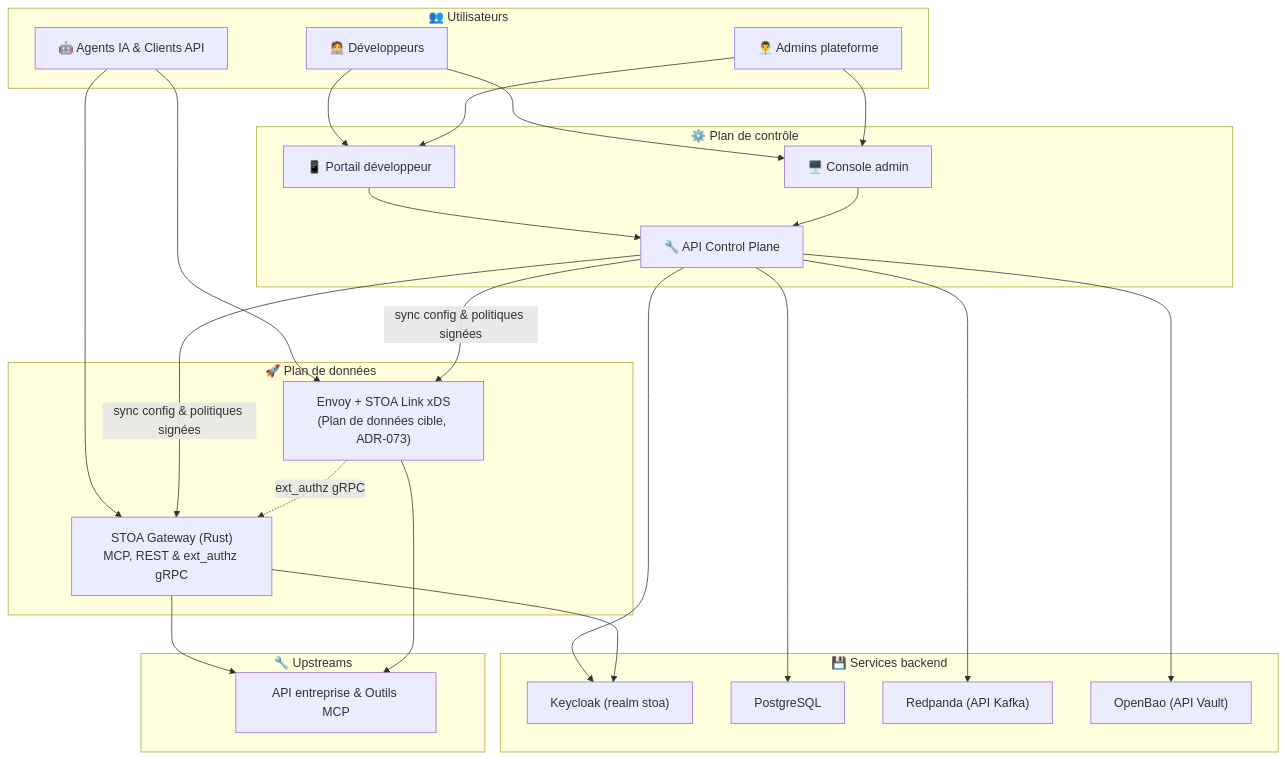
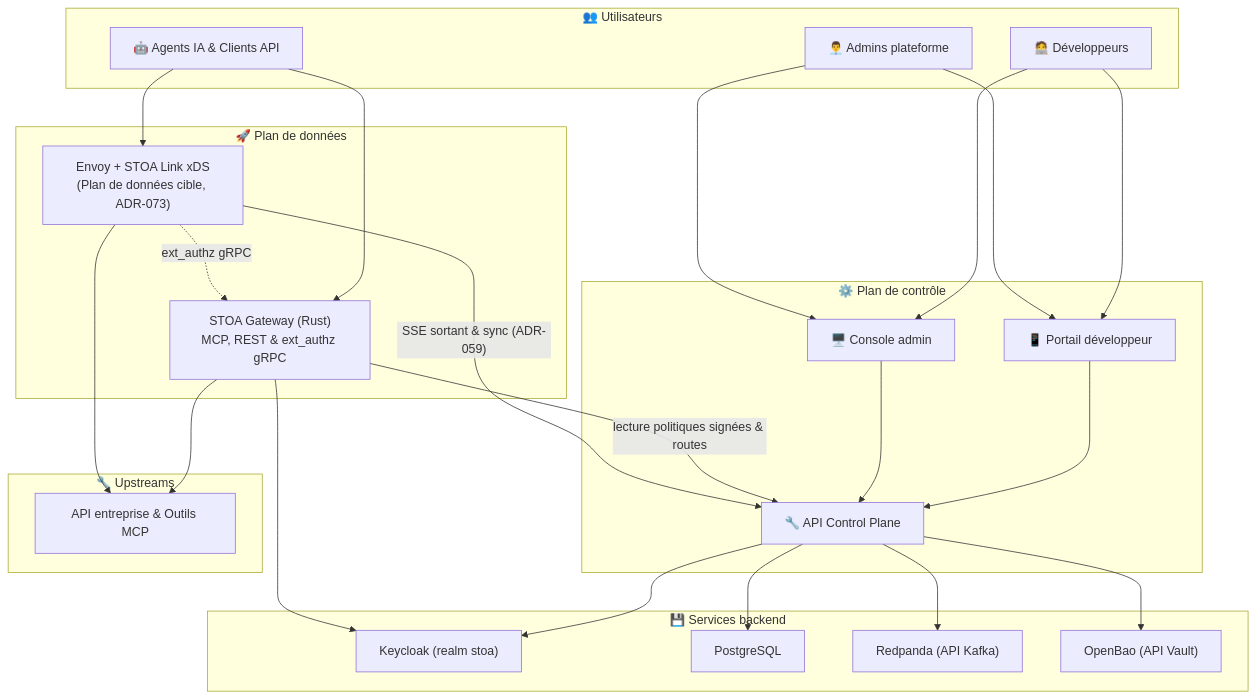
One commit to stoa-platform/stoa-docs changed the first of 2 diagrams in i18n/fr/docusaurus-plugin-content-docs/current/concepts/architecture.md. Above: the diagram before and after it, drawn with Mermaid. The commit also changed other lines of this file and 21 other files, not shown here.

First line of the commit message:
docs(arch): refine Lot 3 Link SSE/adapters, ext_authz scopes, and auth guide (EN/FR)

````diff
--- a/i18n/fr/docusaurus-plugin-content-docs/current/concepts/architecture.md
+++ b/i18n/fr/docusaurus-plugin-content-docs/current/concepts/architecture.md
@@ -16,39 +16,40 @@
 ```mermaid
 flowchart TB
     subgraph Users["👥 Utilisateurs"]
         Dev["🧑‍💻 Développeurs"]
         Admin["👨‍💼 Admins plateforme"]
         AI["🤖 Agents IA & Clients API"]
     end
 
     subgraph ControlPlane["⚙️ Plan de contrôle"]
         Portal["📱 Portail développeur"]
         Console["🖥️ Console admin"]
         CoreAPI["🔧 API Control Plane"]
     end
 
     subgraph DataPlane["🚀 Plan de données"]
         MCPGateway["STOA Gateway (Rust)<br/>MCP, REST & ext_authz gRPC"]
         EnvoyLink["Envoy + STOA Link xDS<br/>(Plan de données cible, ADR-073)"]
     end
 
     subgraph Backend["💾 Services backend"]
         KC["Keycloak (realm stoa)"]
         PG["PostgreSQL"]
         Kafka["Redpanda (API Kafka)"]
         Vault["OpenBao (API Vault)"]
     end
 
     subgraph MCP["🔧 Upstreams"]
         Tools["API entreprise & Outils MCP"]
     end
 
     Dev & Admin --> Portal & Console
     AI --> MCPGateway & EnvoyLink
     Portal & Console --> CoreAPI
-    CoreAPI -->|"sync config & politiques signées"| MCPGateway & EnvoyLink
+    MCPGateway -->|"lecture politiques signées & routes"| CoreAPI
+    EnvoyLink -->|"SSE sortant & sync (ADR-059)"| CoreAPI
     EnvoyLink -.->|"ext_authz gRPC"| MCPGateway
     MCPGateway & EnvoyLink --> Tools
     CoreAPI --> PG & Kafka & KC & Vault
     MCPGateway --> KC
 ```
````
